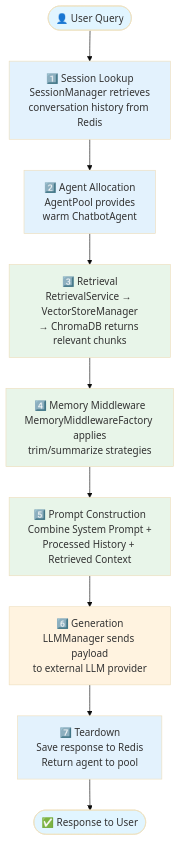
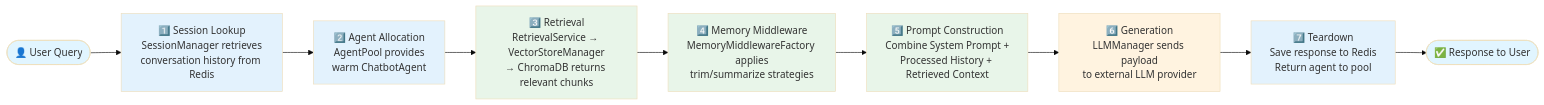
The second of 2 diagrams in rag_chatbot_blog.md (kanav-kalra/rag_chatbot), drawn with Mermaid (base theme) before and after one commit.

Commit message:
Blog documentation

````diff
--- a/rag_chatbot_blog.md
+++ b/rag_chatbot_blog.md
@@ -172,21 +172,21 @@
 ```mermaid
-flowchart TD
+flowchart LR
     Start([👤 User Query]) --> Step1[1️⃣ Session Lookup<br/>SessionManager retrieves<br/>conversation history from Redis]
     Step1 --> Step2[2️⃣ Agent Allocation<br/>AgentPool provides<br/>warm ChatbotAgent]
     Step2 --> Step3[3️⃣ Retrieval<br/>RetrievalService → VectorStoreManager<br/>→ ChromaDB returns relevant chunks]
     Step3 --> Step4[4️⃣ Memory Middleware<br/>MemoryMiddlewareFactory applies<br/>trim/summarize strategies]
     Step4 --> Step5[5️⃣ Prompt Construction<br/>Combine System Prompt +<br/>Processed History + Retrieved Context]
     Step5 --> Step6[6️⃣ Generation<br/>LLMManager sends payload<br/>to external LLM provider]
     Step6 --> Step7[7️⃣ Teardown<br/>Save response to Redis<br/>Return agent to pool]
     Step7 --> End([✅ Response to User])
     
     style Start fill:#e1f5ff
     style Step1 fill:#e3f2fd
     style Step2 fill:#e3f2fd
     style Step3 fill:#e8f5e9
     style Step4 fill:#e8f5e9
     style Step5 fill:#e8f5e9
     style Step6 fill:#fff3e0
     style Step7 fill:#e3f2fd
     style End fill:#e1f5ff
 ```
````
